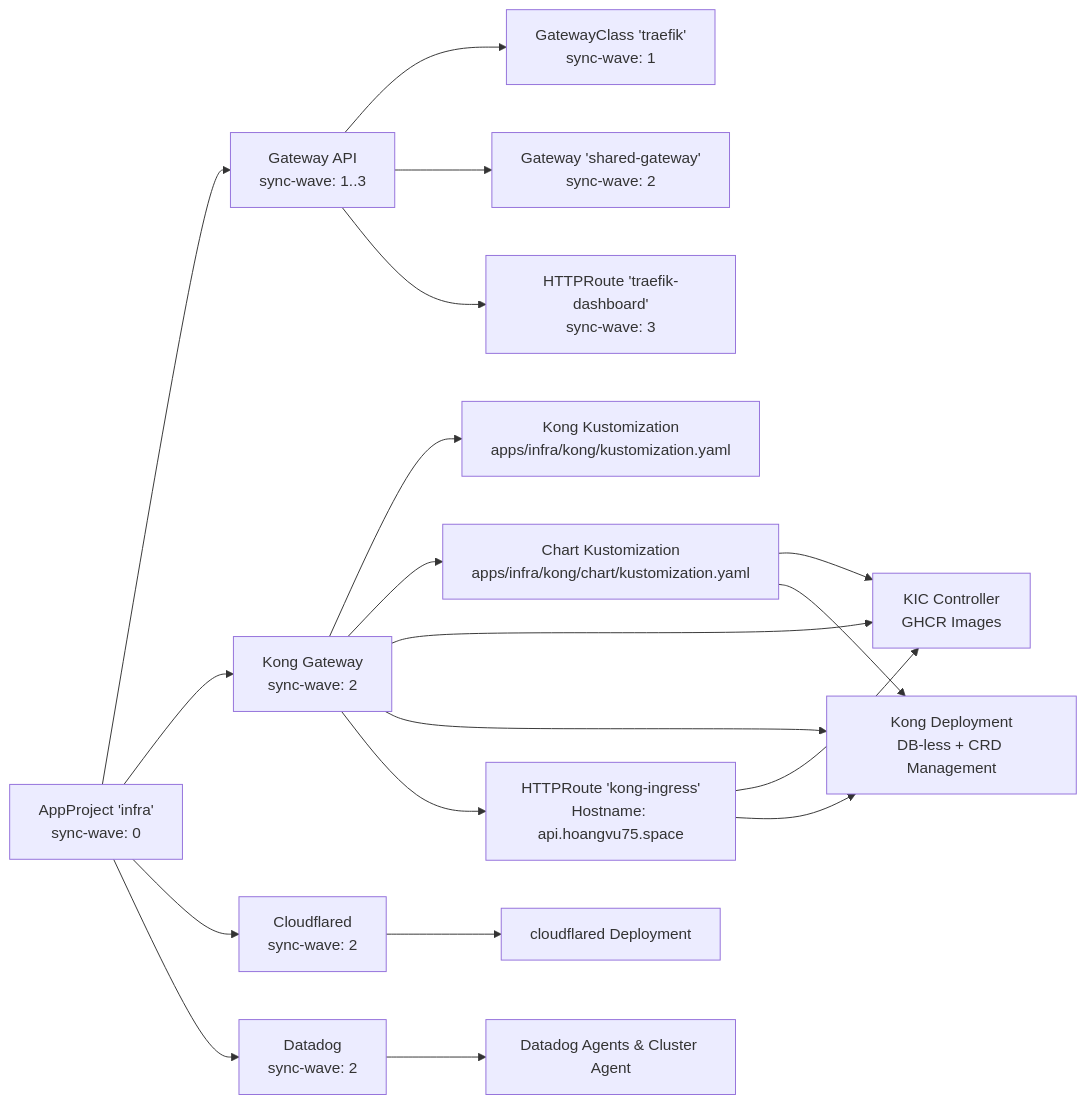
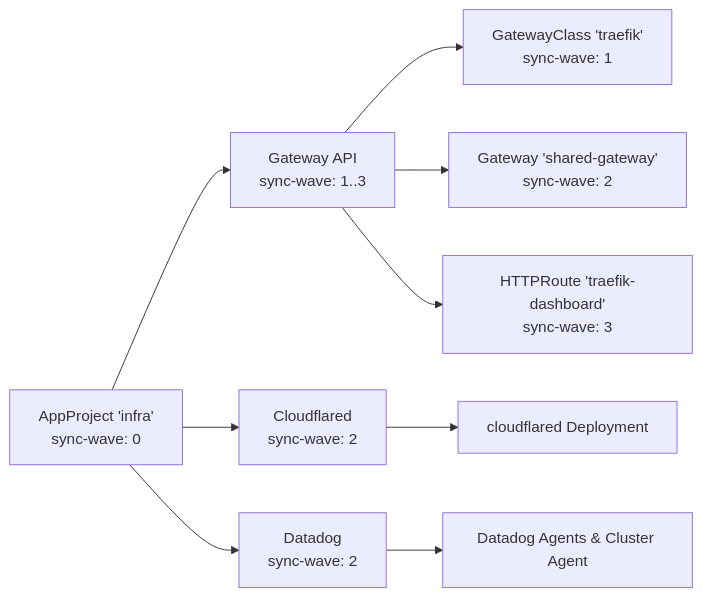
The sixth of 6 diagrams in .qoder/repowiki/en/content/Infrastructure Applications/Infrastructure Applications.md (Hoangvu75/k8s_manifest), drawn with Mermaid before and after one commit. The commit also changed other lines of this file and 31 other files, not shown here.

````diff
--- a/.qoder/repowiki/en/content/Infrastructure Applications/Infrastructure Applications.md
+++ b/.qoder/repowiki/en/content/Infrastructure Applications/Infrastructure Applications.md
@@ -384,21 +271,11 @@
 ```mermaid
 graph LR
 A["AppProject 'infra'<br/>sync-wave: 0"] --> B["Gateway API<br/>sync-wave: 1..3"]
-A --> C["Kong Gateway<br/>sync-wave: 2"]
-A --> D["Cloudflared<br/>sync-wave: 2"]
-A --> E["Datadog<br/>sync-wave: 2"]
+A --> C["Cloudflared<br/>sync-wave: 2"]
+A --> D["Datadog<br/>sync-wave: 2"]
 B --> B1["GatewayClass 'traefik'<br/>sync-wave: 1"]
 B --> B2["Gateway 'shared-gateway'<br/>sync-wave: 2"]
 B --> B3["HTTPRoute 'traefik-dashboard'<br/>sync-wave: 3"]
-C --> C1["Kong Kustomization<br/>apps/infra/kong/kustomization.yaml"]
-C --> C2["Chart Kustomization<br/>apps/infra/kong/chart/kustomization.yaml"]
-C --> C3["KIC Controller<br/>GHCR Images"]
-C --> C4["Kong Deployment<br/>DB-less + CRD Management"]
-C --> C5["HTTPRoute 'kong-ingress'<br/>Hostname: api.hoangvu75.space"]
-D --> D1["cloudflared Deployment"]
-E --> E1["Datadog Agents & Cluster Agent"]
-C2 --> C3
-C2 --> C4
-C5 --> C3
-C5 --> C4
+C --> C1["cloudflared Deployment"]
+D --> D1["Datadog Agents & Cluster Agent"]
 ```
````
